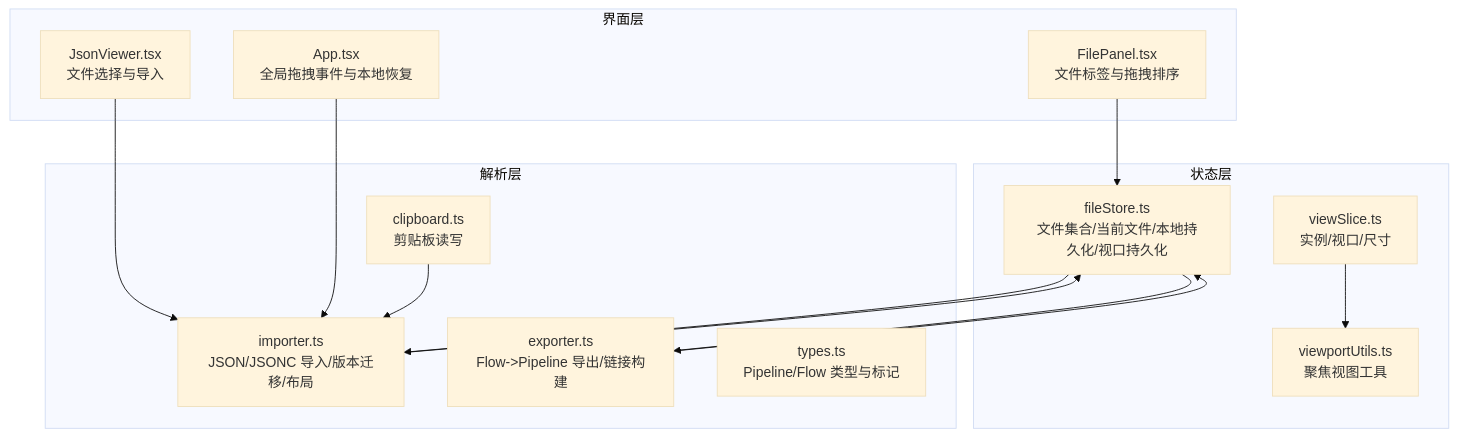
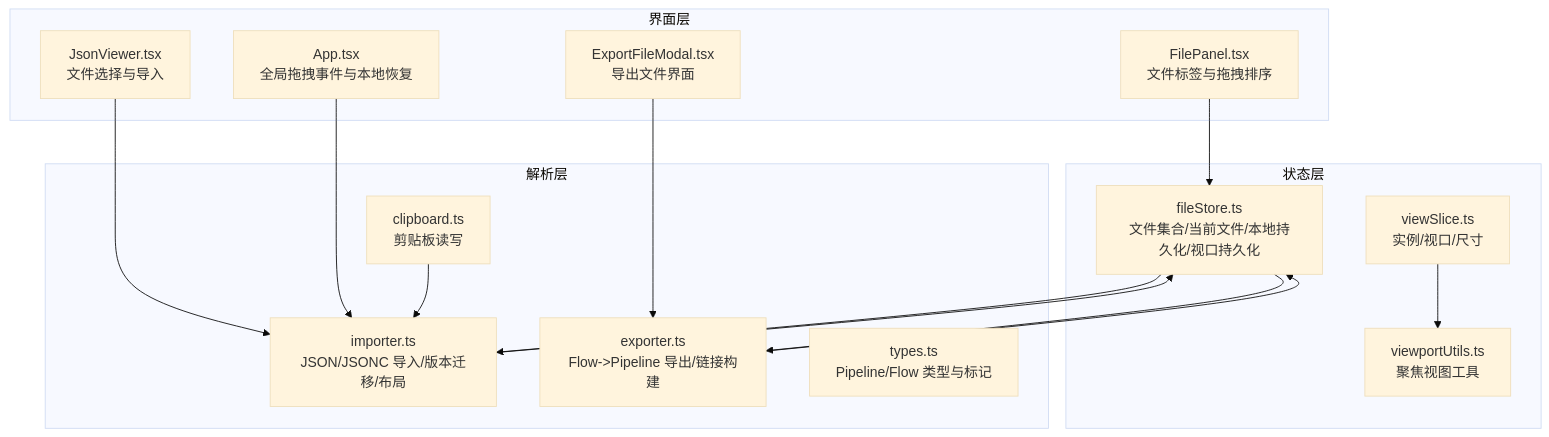
One commit to kqcoxn/MaaPipelineEditor changed the first of 8 diagrams in .qoder/repowiki/zh/content/核心概念/文件与视口.md. Above: the diagram before and after it, drawn with Mermaid (base theme). The commit also changed other lines of this file and 5 other files, not shown here.

````diff
--- a/.qoder/repowiki/zh/content/核心概念/文件与视口.md
+++ b/.qoder/repowiki/zh/content/核心概念/文件与视口.md
@@ -57,28 +59,30 @@
 ```mermaid
 graph TB
 subgraph "界面层"
 FP["FilePanel.tsx<br/>文件标签与拖拽排序"]
 JV["JsonViewer.tsx<br/>文件选择与导入"]
 APP["App.tsx<br/>全局拖拽事件与本地恢复"]
+EFM["ExportFileModal.tsx<br/>导出文件界面"]
 end
 subgraph "状态层"
 FS["fileStore.ts<br/>文件集合/当前文件/本地持久化/视口持久化"]
 VS["viewSlice.ts<br/>实例/视口/尺寸"]
 FU["viewportUtils.ts<br/>聚焦视图工具"]
 end
 subgraph "解析层"
 IMP["importer.ts<br/>JSON/JSONC 导入/版本迁移/布局"]
 EXP["exporter.ts<br/>Flow->Pipeline 导出/链接构建"]
 TYP["types.ts<br/>Pipeline/Flow 类型与标记"]
 CLP["clipboard.ts<br/>剪贴板读写"]
 end
 FP --> FS
 JV --> IMP
 APP --> IMP
 FS --> IMP
 FS --> EXP
 VS --> FU
 IMP --> FS
 EXP --> FS
 CLP --> IMP
+EFM --> EXP
 ```
````
